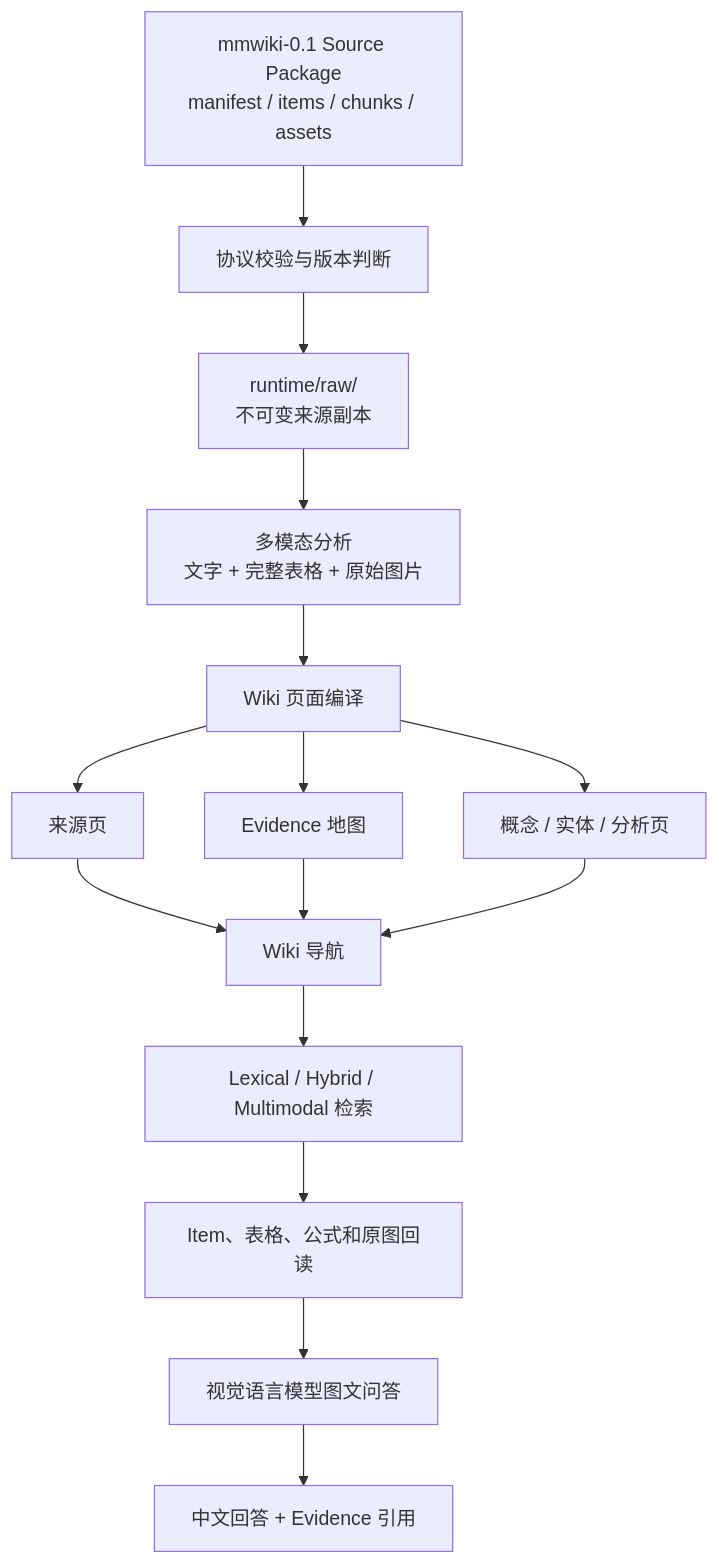
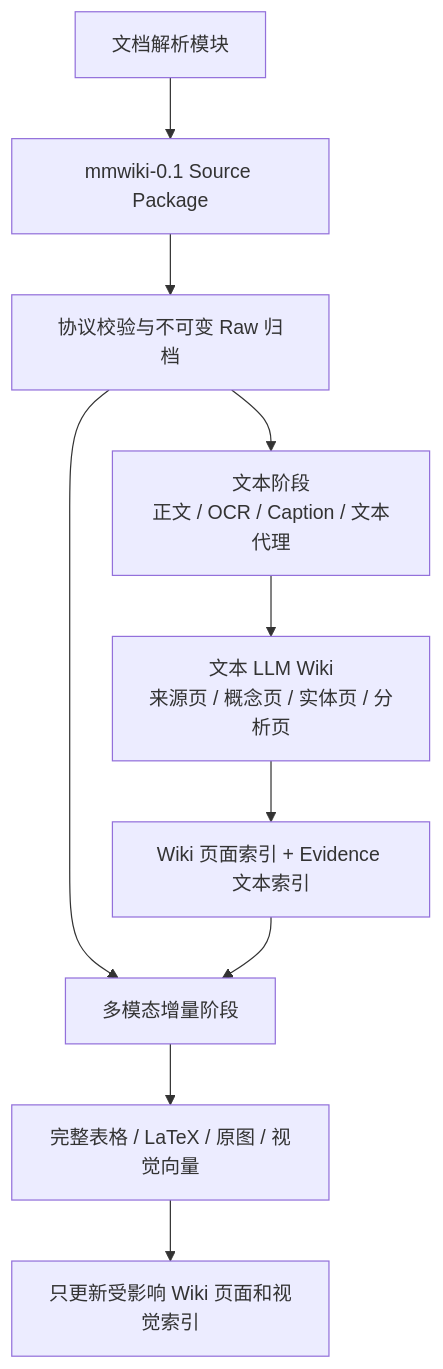
Before and after one commit to yooa722/multimodal-llm-wiki: the second of 2 diagrams in README.md, drawn with Mermaid. The commit also changed other lines of this file and 35 other files, not shown here.

Commit message:
feat: integrate OpenCode with multimodal Wiki

````diff
--- a/README.md
+++ b/README.md
@@ -21,17 +49,13 @@
 ```mermaid
 flowchart TD
-    A["mmwiki-0.1 Source Package<br/>manifest / items / chunks / assets"] --> B["协议校验与版本判断"]
-    B --> C["runtime/raw/<br/>不可变来源副本"]
-    C --> D["多模态分析<br/>文字 + 完整表格 + 原始图片"]
-    D --> E["Wiki 页面编译"]
-    E --> F1["来源页"]
-    E --> F2["Evidence 地图"]
-    E --> F3["概念 / 实体 / 分析页"]
-    F1 --> G["Wiki 导航"]
-    F2 --> G
-    F3 --> G
-    G --> H["Lexical / Hybrid / Multimodal 检索"]
-    H --> I["Item、表格、公式和原图回读"]
-    I --> J["视觉语言模型图文问答"]
-    J --> K["中文回答 + Evidence 引用"]
+    A["文档解析模块"] --> B["mmwiki-0.1 Source Package"]
+    B --> C["协议校验与不可变 Raw 归档"]
+    C --> D["文本阶段<br/>正文 / OCR / Caption / 文本代理"]
+    D --> E["文本 LLM Wiki<br/>来源页 / 概念页 / 实体页 / 分析页"]
+    E --> F["Wiki 页面索引 + Evidence 文本索引"]
+
+    C --> G["多模态增量阶段"]
+    F --> G
+    G --> H["完整表格 / LaTeX / 原图 / 视觉向量"]
+    H --> I["只更新受影响 Wiki 页面和视觉索引"]
 ```
````
